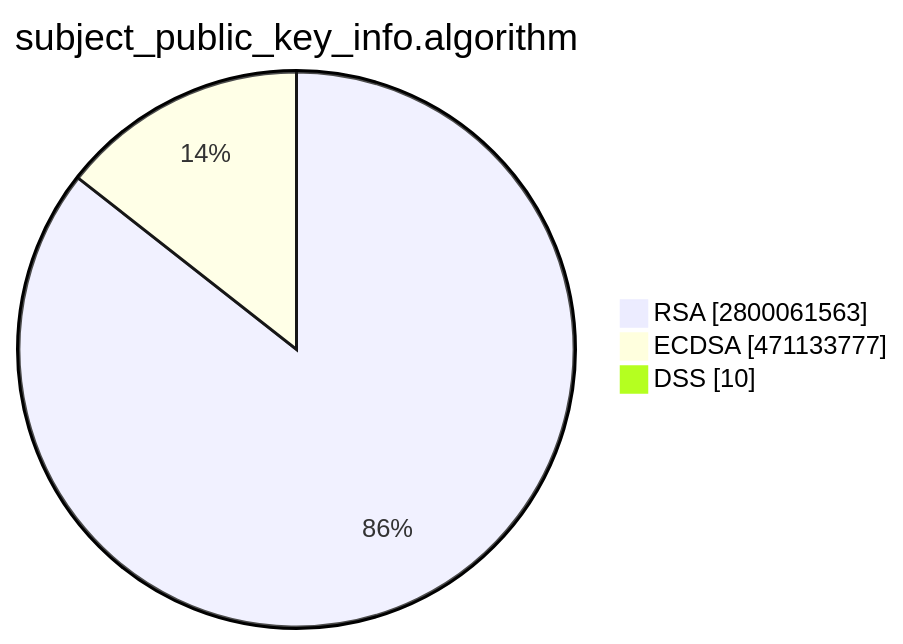
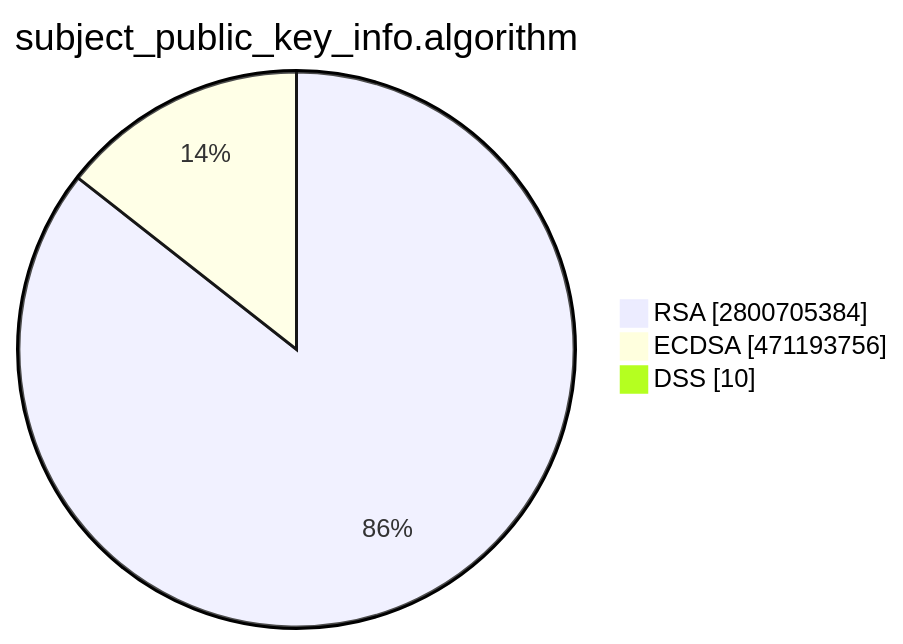
The second of 15 diagrams in TOTAL/README.md (christiankrug/ctmonitor_visualization), drawn with Mermaid before and after one commit. The commit also changed other lines of this file, not shown here.

````diff
--- a/TOTAL/README.md
+++ b/TOTAL/README.md
@@ -6,7 +6,7 @@
 ```mermaid
 pie showData
 title subject_public_key_info.algorithm
-"RSA" :2800061563
-"ECDSA" :471133777
+"RSA" :2800705384
+"ECDSA" :471193756
 "DSS" :10
 ```
````
